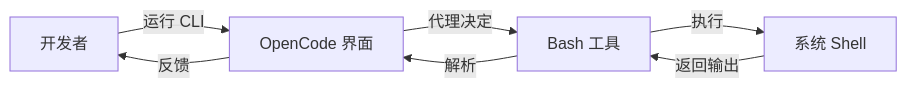
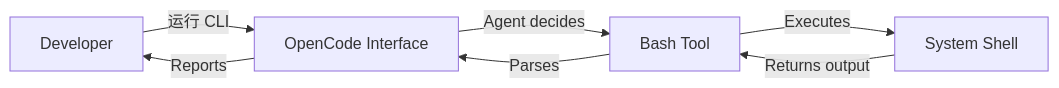
Before and after one commit to VanGoghBuilder/opencode-harness-guide: the diagram in 10-cli-and-terminal/README.zh-CN.md, drawn with Mermaid. The commit also changed other lines of this file and 19 other files, not shown here.

````diff
--- a/10-cli-and-terminal/README.zh-CN.md
+++ b/10-cli-and-terminal/README.zh-CN.md
@@ -38,9 +54,9 @@
 ```mermaid
 graph LR
-    A["开发者"] -->|运行 CLI| B["OpenCode 界面"]
-    B -->|代理决定| C["Bash 工具"]
-    C -->|执行| D["系统 Shell"]
-    D -->|返回输出| C
-    C -->|解析| B
-    B -->|反馈| A
+    A["Developer"] -->|运行 CLI| B["OpenCode Interface"]
+    B -->|Agent decides| C["Bash Tool"]
+    C -->|Executes| D["System Shell"]
+    D -->|Returns output| C
+    C -->|Parses| B
+    B -->|Reports| A
 ```
````
